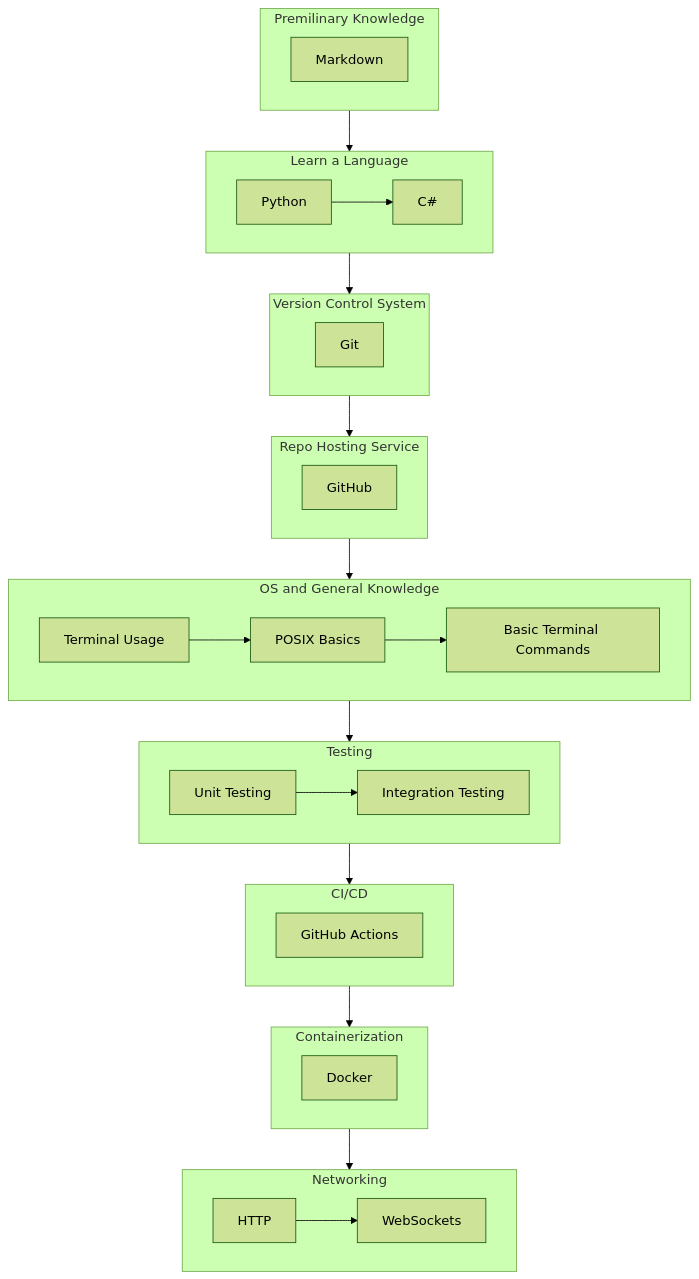
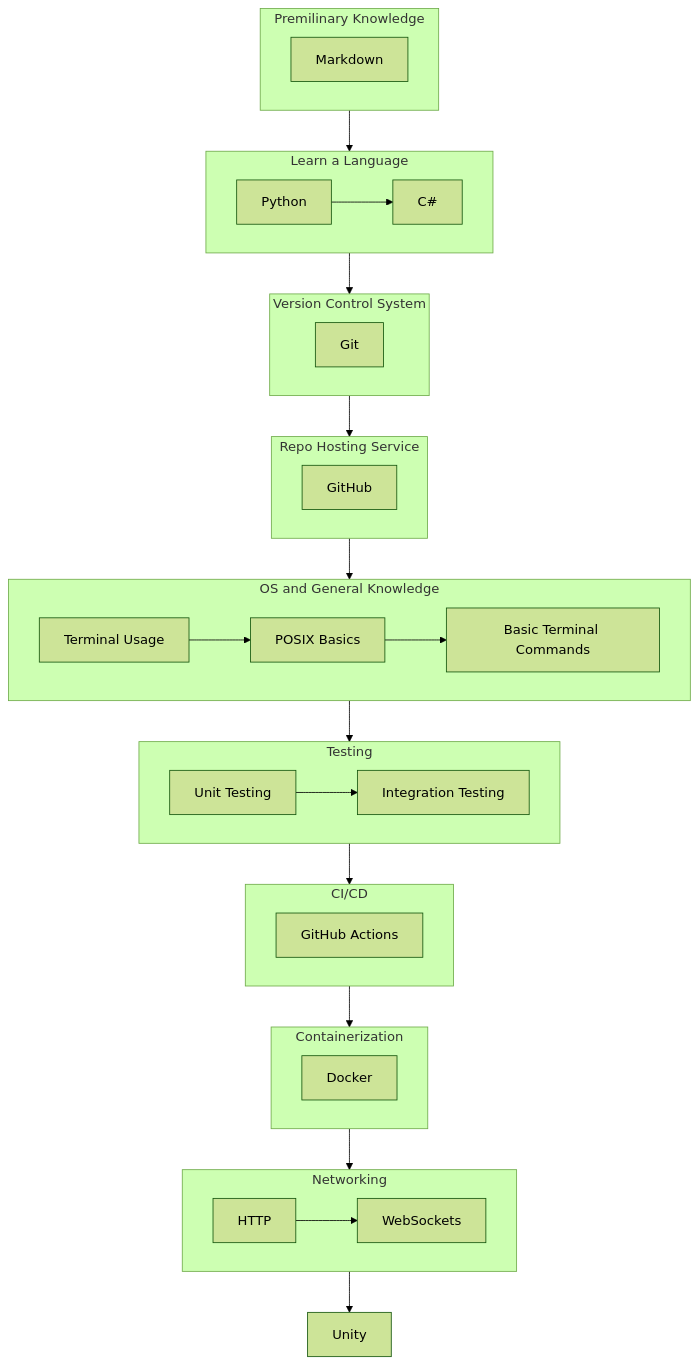
Before and after one commit to THUASTA/TechRoadmap: the diagram in docs/dept/comp.md, drawn with Mermaid (forest theme). The commit also changed 2 other files, not shown here.

Commit message:
add description of C# and python

````diff
--- a/docs/dept/comp.md
+++ b/docs/dept/comp.md
@@ -5,69 +5,72 @@
 ```mermaid
 flowchart TB
   subgraph pre_knowledge[Premilinary Knowledge]
     markdown[Markdown]
   end
 
   subgraph prog_lang[Learn a Language]
     direction LR
 
     python[Python]
     csharp[C#]
 
     python --> csharp
   end
 
   subgraph vcs[Version Control System]
     git[Git]
   end
 
   subgraph repo[Repo Hosting Service]
     github[GitHub]
   end
 
   subgraph os[OS and General Knowledge]
     direction LR
 
     terminal[Terminal Usage]
     posix[POSIX Basics]
     commands[Basic Terminal Commands]
 
     terminal --> posix
     posix --> commands
   end
 
   subgraph testing[Testing]
     direction LR
 
     unit_testing[Unit Testing]
     integration_testing[Integration Testing]
 
     unit_testing --> integration_testing
   end
 
   subgraph ci_cd[CI/CD]
     github_actions[GitHub Actions]
   end
 
   subgraph container[Containerization]
     docker[Docker]
   end
 
   subgraph networking[Networking]
     direction LR
 
     http[HTTP]
     websockets[WebSockets]
 
     http --> websockets
   end
 
+  unity[Unity]
+
   pre_knowledge --> prog_lang
   prog_lang --> vcs
   vcs --> repo
   repo --> os
   os --> testing
   testing --> ci_cd
   ci_cd --> container
   container --> networking
+  networking --> unity
 ```
````
